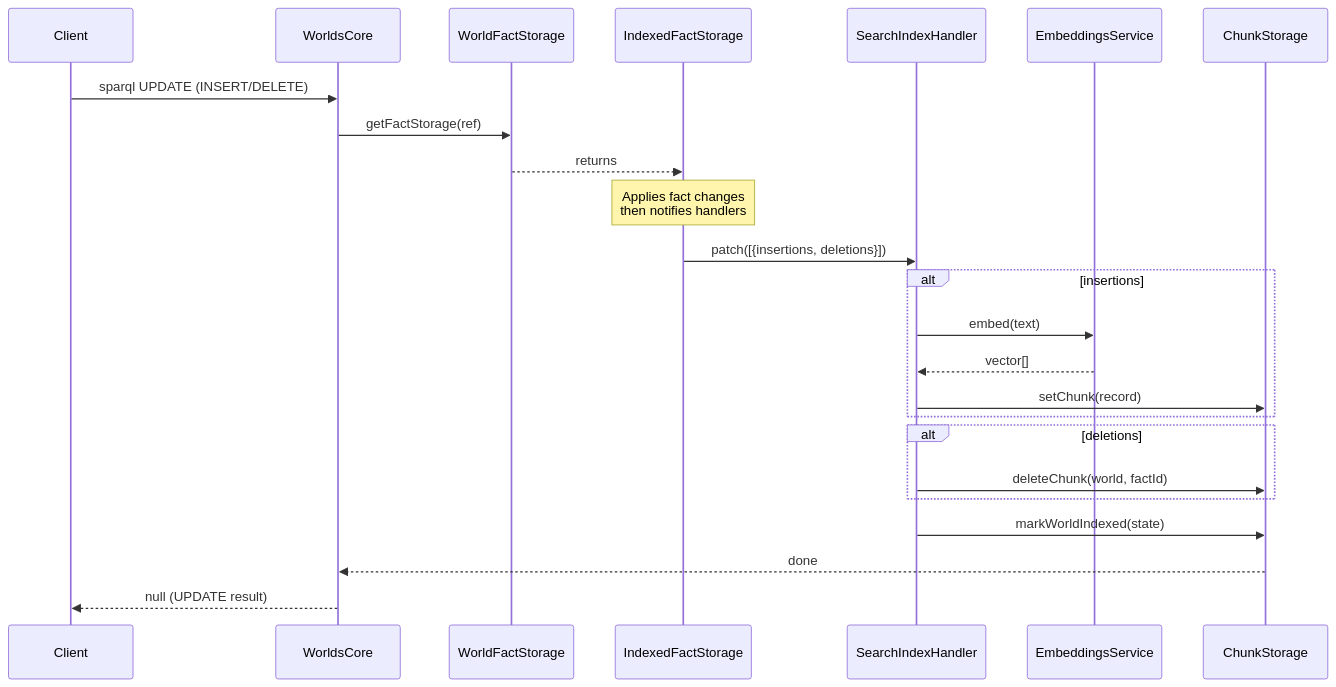
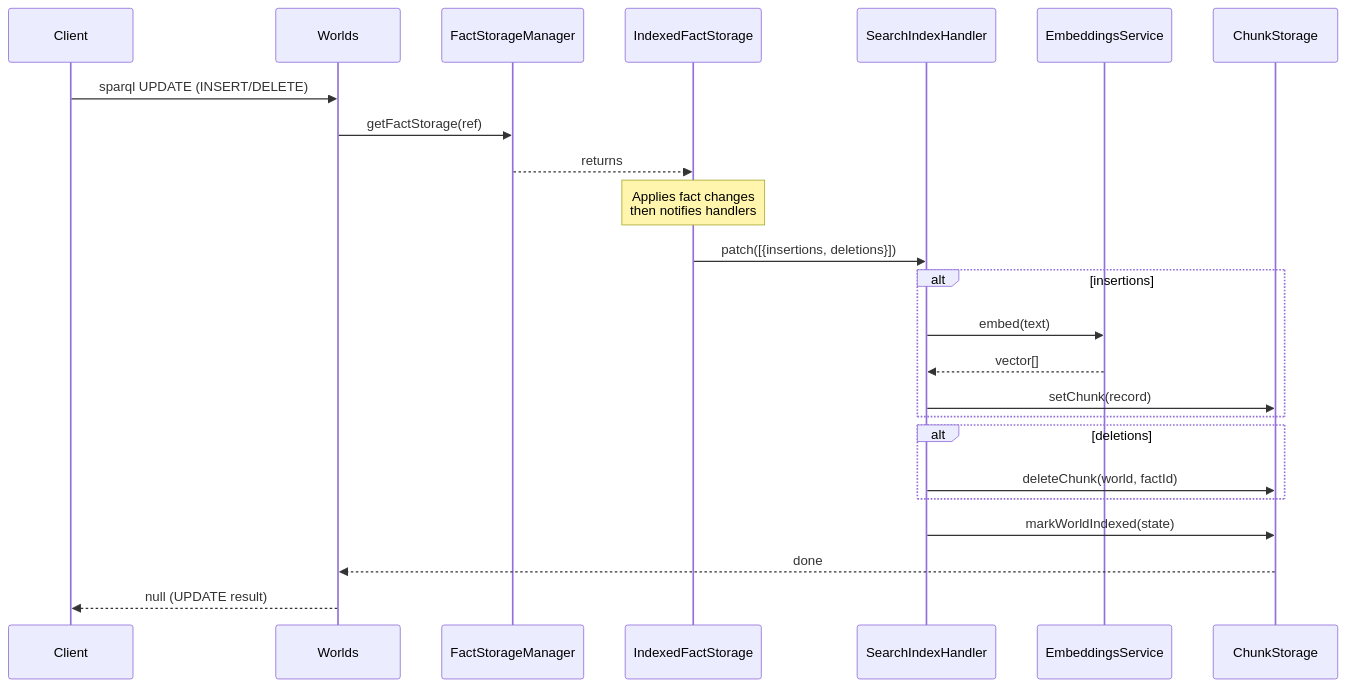
The second of 5 diagrams in docs/ARCHITECTURE.md (wazootech/worlds-api), drawn with Mermaid before and after one commit. The commit also changed other lines of this file and 8 other files, not shown here.

Commit message:
refactor: rename worlds/worlds/facts -> worlds/facts, add InMemoryFactStorageManager tests

````diff
--- a/docs/ARCHITECTURE.md
+++ b/docs/ARCHITECTURE.md
@@ -76,32 +76,32 @@
 ```mermaid
 sequenceDiagram
     participant Client
-    participant WorldsCore
-    participant WorldFactStorage
+    participant Worlds
+    participant FactStorageManager
     participant IndexedFactStorage
     participant SearchIndexHandler
     participant EmbeddingsService
     participant ChunkStorage
     
-    Client->>WorldsCore: sparql UPDATE (INSERT/DELETE)
-    WorldsCore->>WorldFactStorage: getFactStorage(ref)
-    WorldFactStorage-->>IndexedFactStorage: returns
+    Client->>Worlds: sparql UPDATE (INSERT/DELETE)
+    Worlds->>FactStorageManager: getFactStorage(ref)
+    FactStorageManager-->>IndexedFactStorage: returns
     
     Note over IndexedFactStorage: Applies fact changes<br/>then notifies handlers
     
     IndexedFactStorage->>SearchIndexHandler: patch([{insertions, deletions}])
     
     alt insertions
         SearchIndexHandler->>EmbeddingsService: embed(text)
         EmbeddingsService-->>SearchIndexHandler: vector[]
         SearchIndexHandler->>ChunkStorage: setChunk(record)
     end
     
     alt deletions
         SearchIndexHandler->>ChunkStorage: deleteChunk(world, factId)
     end
     
     SearchIndexHandler->>ChunkStorage: markWorldIndexed(state)
-    ChunkStorage-->>WorldsCore: done
-    WorldsCore-->>Client: null (UPDATE result)
+    ChunkStorage-->>Worlds: done
+    Worlds-->>Client: null (UPDATE result)
 ```
````
